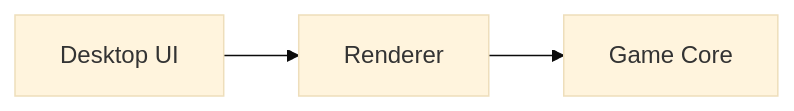
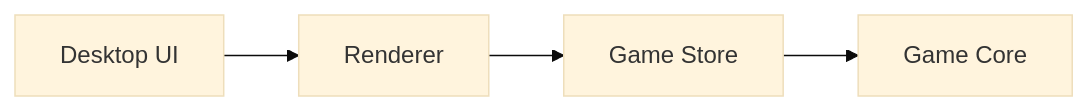
Before and after one commit to maxnes3/how-to-heal-game-project-monorepo: the second of 2 diagrams in README.md, drawn with Mermaid (base theme). The commit also changed other lines of this file and 60 other files, not shown here.

Commit message:
feat: restructure game architecture and introduce store management

````diff
--- a/README.md
+++ b/README.md
@@ -113,9 +121,11 @@
 ```mermaid
 flowchart LR
     UI["Desktop UI"]
     Renderer["Renderer"]
+    Store["Game Store"]
     Core["Game Core"]
 
     UI --> Renderer
-    Renderer --> Core
+    Renderer --> Store
+    Store --> Core
 ```
````
